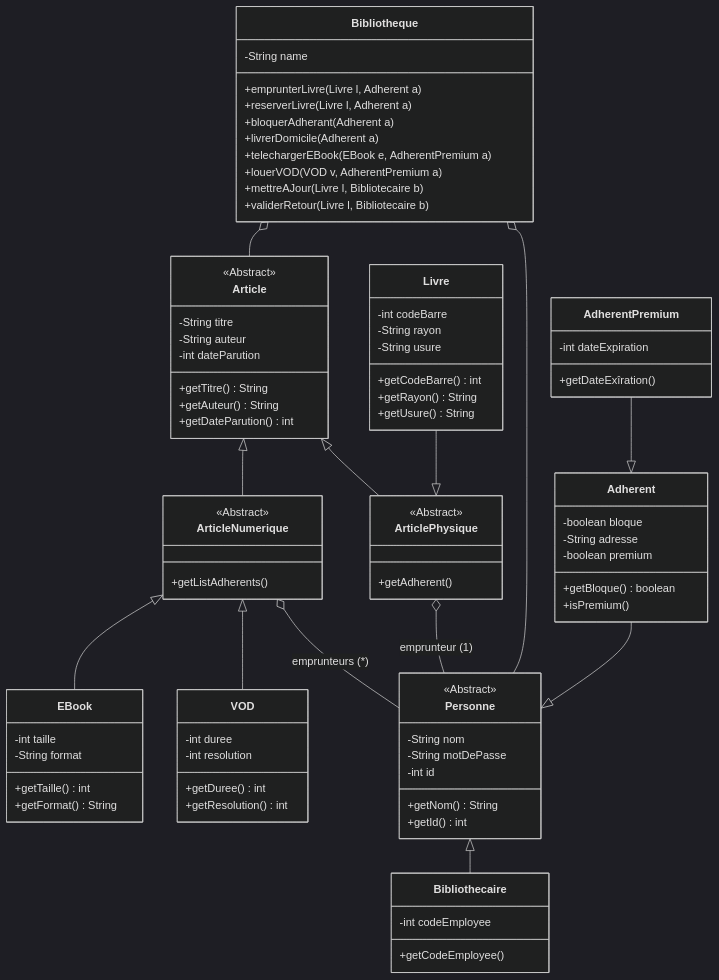
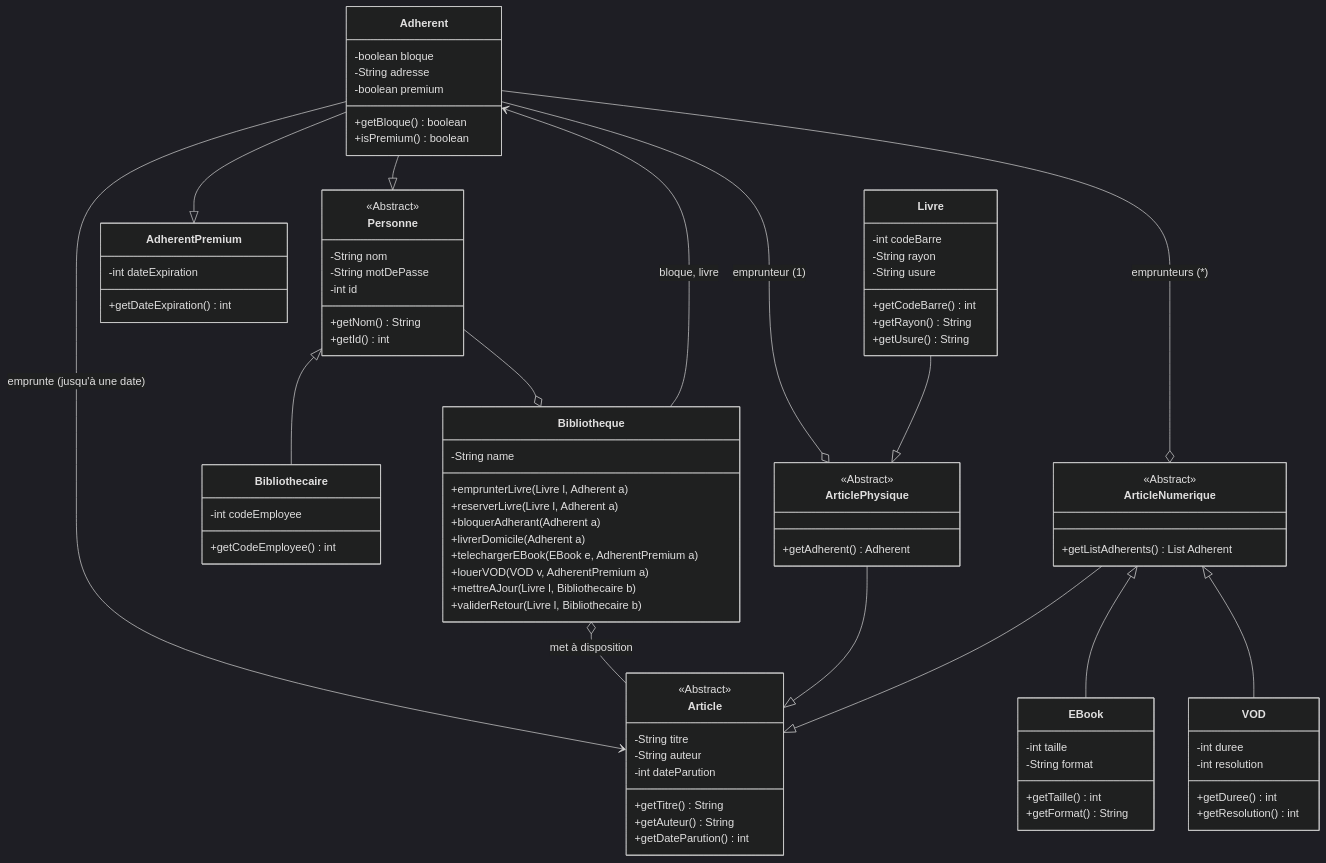
The third of 3 diagrams in README.md (QDeh/OmniLib), drawn with Mermaid (dark theme) before and after one commit. The commit also changed other lines of this file, not shown here.

Commit message:
doc: correstion du diagramme des classes

````diff
--- a/README.md
+++ b/README.md
@@ -104,17 +118,19 @@
 ```mermaid
 classDiagram
+    Adherent --|> Personne
+    Personne --o Bibliotheque
+    Bibliotheque --> Adherent : bloque, livre
+    Personne <|-- Bibliothecaire
+    Adherent --|> AdherentPremium
+    Adherent --> Article : emprunte (jusqu'à une date)
+    Bibliotheque o-- Article : met à disposition
+    ArticlePhysique --|> Article
+    ArticleNumerique --|> Article
+    Adherent --o ArticlePhysique : emprunteur (1) 
+    Adherent --o ArticleNumerique : emprunteurs (*) 
     Livre --|> ArticlePhysique
-    Article <|-- ArticlePhysique
-    Article <|-- ArticleNumerique
     ArticleNumerique <|-- EBook
     ArticleNumerique <|-- VOD
-    Personne <|-- Bibliothecaire
-    Adherent --|> Personne
-    AdherentPremium --|> Adherent
-    Bibliotheque o-- Personne
-    Bibliotheque o-- Article
-    ArticlePhysique o-- Personne : emprunteur (1) 
-    ArticleNumerique o-- Personne : emprunteurs (*) 
 
     class Bibliotheque{
         -String name
@@ -124,8 +140,8 @@
         +livrerDomicile(Adherent a)
         +telechargerEBook(EBook e, AdherentPremium a)
         +louerVOD(VOD v, AdherentPremium a)
-        +mettreAJour(Livre l, Bibliotecaire b)
-        +validerRetour(Livre l, Bibliotecaire b)
+        +mettreAJour(Livre l, Bibliothecaire b)
+        +validerRetour(Livre l, Bibliothecaire b)
 
     }
 
@@ -142,18 +158,18 @@
         -String adresse
         -boolean premium
         +getBloque() boolean
-        +isPremium()
+        +isPremium() boolean
 
     }
     class AdherentPremium{
         -int dateExpiration
-        +getDateExîration()
+        +getDateExpiration() int
     }
     class Bibliothecaire{
         -int codeEmployee
-        +getCodeEmployee()
+        +getCodeEmployee() int
     }
-    class Article{
+class Article{
         <<Abstract>>
         -String titre
         -String auteur
@@ -162,14 +178,13 @@
         +getAuteur() String
         +getDateParution() int
     }
-
     class ArticlePhysique{
         <<Abstract>>
-        +getAdherent()
+        +getAdherent() Adherent
     }
     class ArticleNumerique{
         <<Abstract>>
-        +getListAdherents()
+        +getListAdherents() List Adherent
     }
     class Livre{
         -int codeBarre
@@ -191,5 +206,4 @@
         +getDuree() int
         +getResolution() int
     }
-
 ```
````
